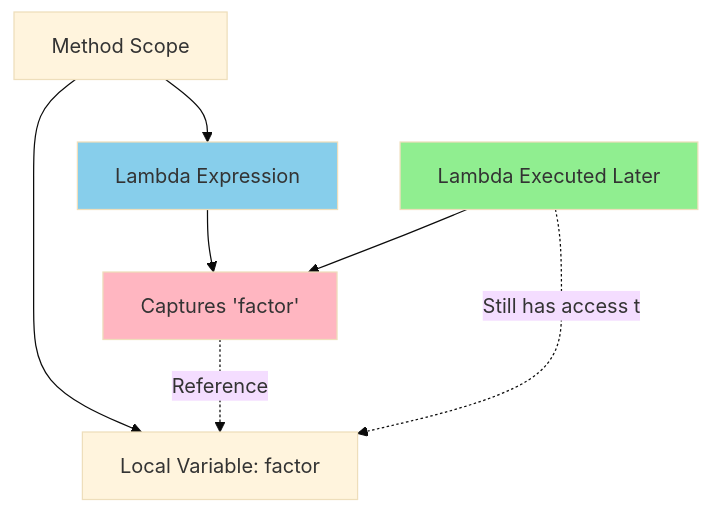
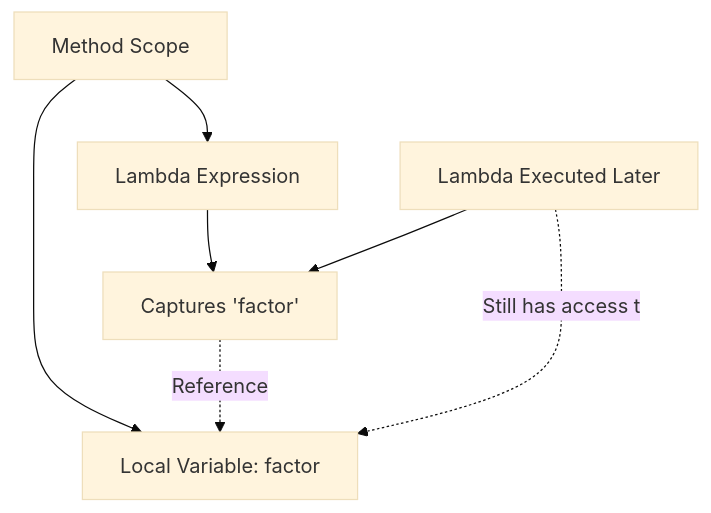
Before and after one commit to NguyenPhamCode4You/ai-home-lab-docker-compose: the tenth of 10 diagrams in C# fundamentals/day03-delegates-events.md, drawn with Mermaid (base theme). The commit also changed other lines of this file, not shown here.

````diff
--- a/C# fundamentals/day03-delegates-events.md
+++ b/C# fundamentals/day03-delegates-events.md
@@ -870,14 +832,10 @@
 ```mermaid
 graph TB
     A[Method Scope] --> B[Local Variable: factor]
     A --> C[Lambda Expression]
     C --> D[Captures 'factor']
     D -.Reference.-> B
 
     E[Lambda Executed Later] --> D
     E -.Still has access to.-> B
-
-    style C fill:#87CEEB
-    style D fill:#FFB6C1
-    style E fill:#90EE90
 ```
````
